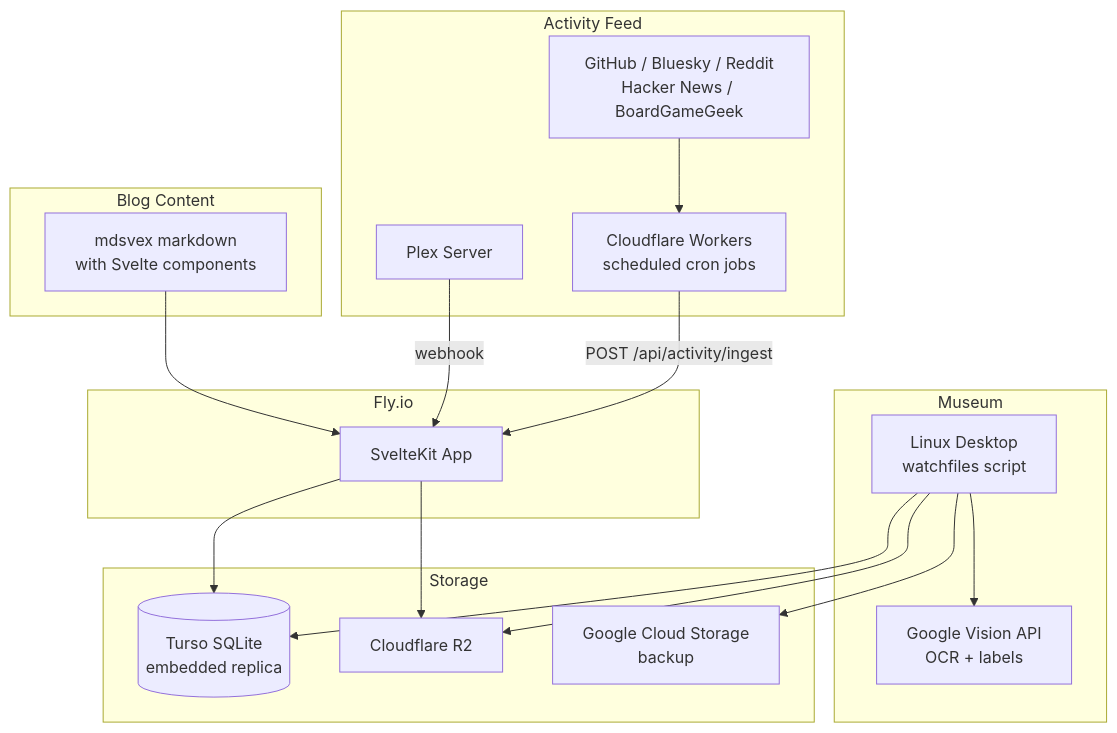
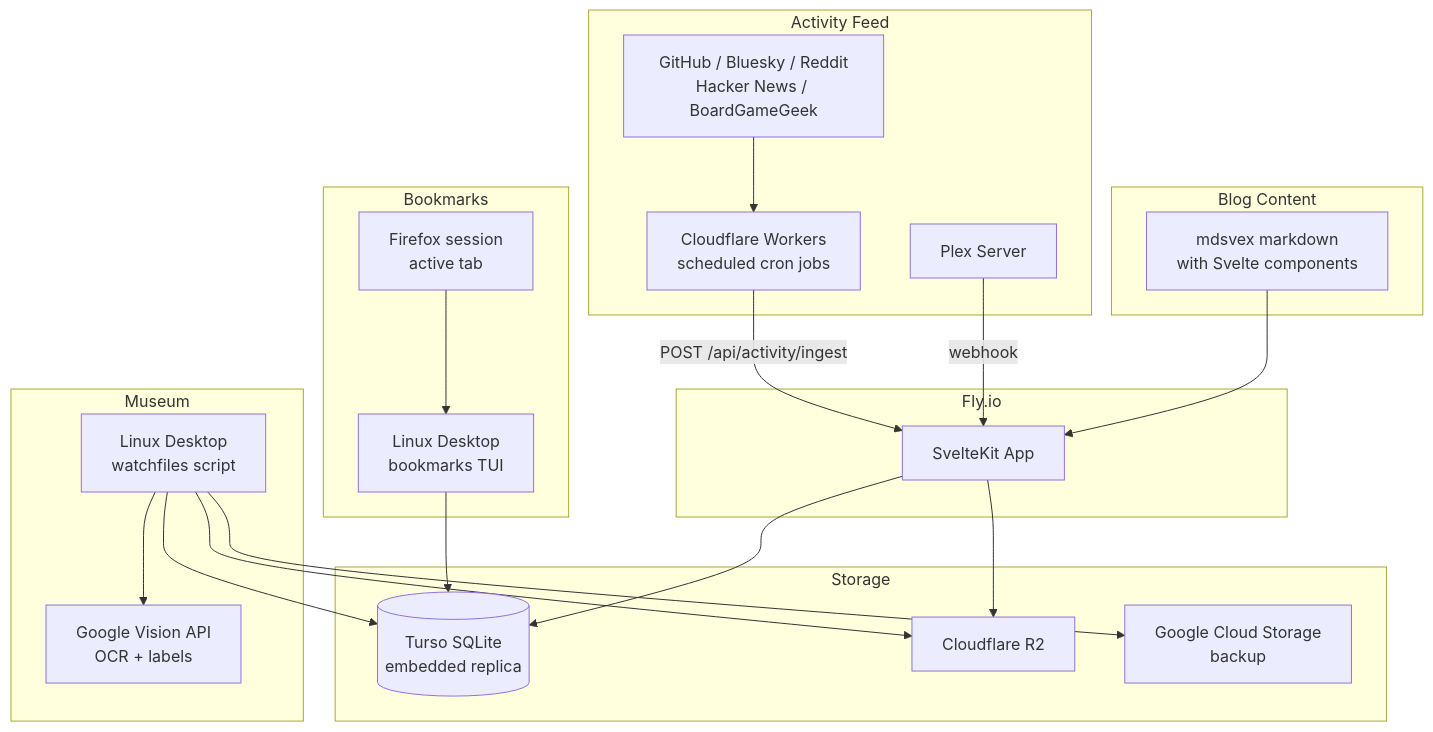
The diagram in README.md (snide/davesnider.com), drawn with Mermaid before and after one commit. The commit also changed other lines of this file and 44 other files, not shown here.

````diff
--- a/README.md
+++ b/README.md
@@ -11,40 +11,48 @@
 ```mermaid
 graph TB
     subgraph Activity["Activity Feed"]
         APIS[GitHub / Bluesky / Reddit<br/>Hacker News / BoardGameGeek]
         WORKERS[Cloudflare Workers<br/>scheduled cron jobs]
         PLEX[Plex Server]
     end
 
     subgraph Museum["Museum"]
         WATCH[Linux Desktop<br/>watchfiles script]
         VISION[Google Vision API<br/>OCR + labels]
     end
 
     subgraph Content["Blog Content"]
         MDSVEX[mdsvex markdown<br/>with Svelte components]
+    end
+
+    subgraph Bookmarks["Bookmarks"]
+        TUI[Linux Desktop<br/>bookmarks TUI]
+        FIREFOX[Firefox session<br/>active tab]
     end
 
     subgraph FLY["Fly.io"]
         APP[SvelteKit App]
     end
 
     subgraph Storage
         TURSO[(Turso SQLite<br/>embedded replica)]
         R2[Cloudflare R2]
         GCS[Google Cloud Storage<br/>backup]
     end
 
     APIS --> WORKERS
     WORKERS -->|POST /api/activity/ingest| APP
     PLEX -->|webhook| APP
 
     WATCH --> VISION
     WATCH --> R2
     WATCH --> GCS
     WATCH --> TURSO
 
+    FIREFOX --> TUI
+    TUI --> TURSO
+
     MDSVEX --> APP
     APP --> TURSO
     APP --> R2
 ```
````
